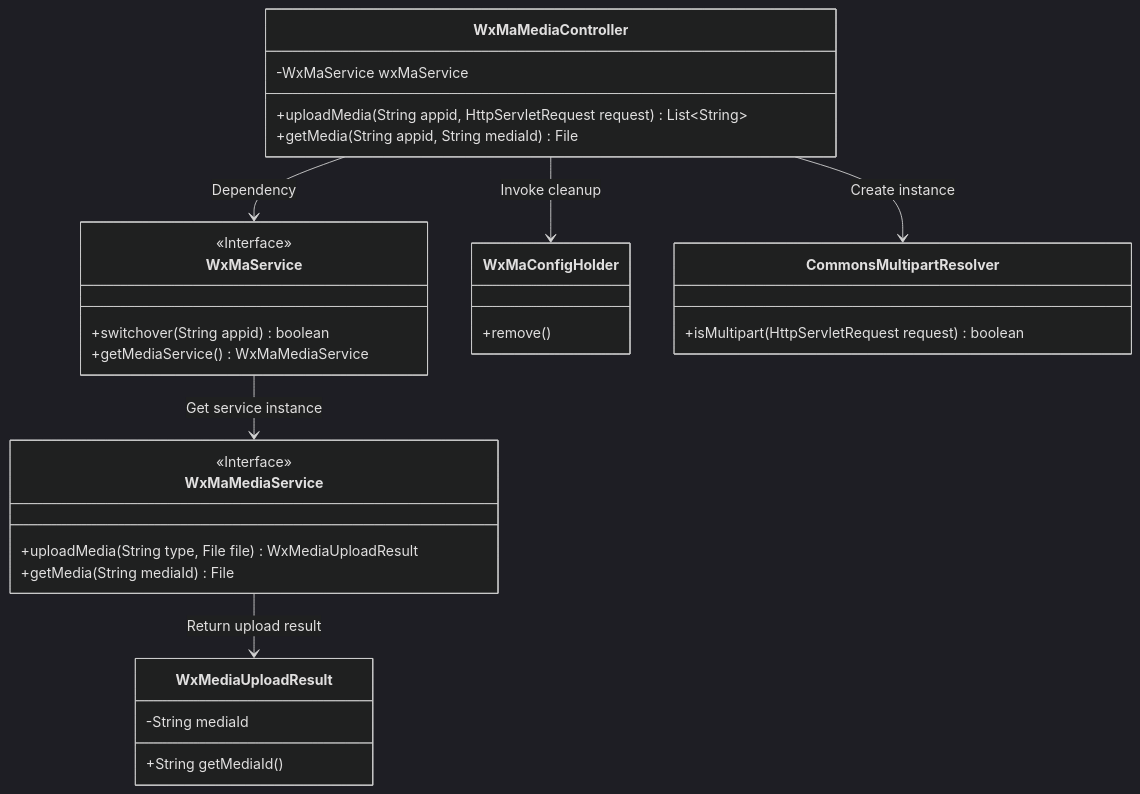
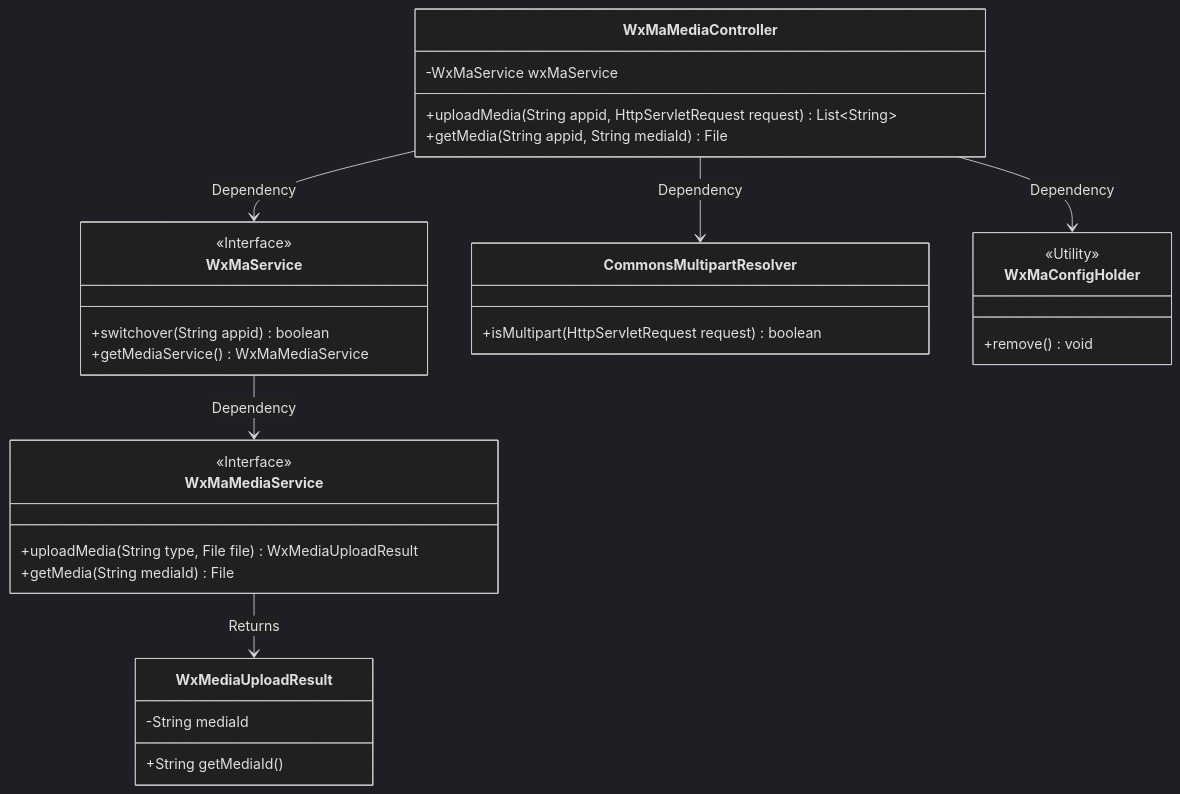
The first of 2 diagrams in docs/en/docs/src/main/java/com/github/binarywang/demo/wx/miniapp/controller/WxMaMediaController.md (v-wjrong/rongwj666_weixin-java-miniapp-demo), drawn with Mermaid (dark theme) before and after one commit. The commit also changed other lines of this file and 42 other files, not shown here.

````diff
--- a/docs/en/docs/src/main/java/com/github/binarywang/demo/wx/miniapp/controller/WxMaMediaController.md
+++ b/docs/en/docs/src/main/java/com/github/binarywang/demo/wx/miniapp/controller/WxMaMediaController.md
@@ -36,39 +36,40 @@
 ```mermaid
 classDiagram
     class WxMaMediaController {
         -WxMaService wxMaService
         +uploadMedia(String appid, HttpServletRequest request) List~String~
         +getMedia(String appid, String mediaId) File
     }
 
     class WxMaService {
         <<Interface>>
         +switchover(String appid) boolean
         +getMediaService() WxMaMediaService
     }
 
     class WxMaMediaService {
         <<Interface>>
         +uploadMedia(String type, File file) WxMediaUploadResult
         +getMedia(String mediaId) File
     }
 
     class WxMediaUploadResult {
         -String mediaId
         +String getMediaId()
     }
 
-    class WxMaConfigHolder {
-        +remove()
-    }
-
     class CommonsMultipartResolver {
         +isMultipart(HttpServletRequest request) boolean
     }
 
+    class WxMaConfigHolder {
+        <<Utility>>
+        +remove() void
+    }
+
     WxMaMediaController --> WxMaService : Dependency
-    WxMaMediaController --> CommonsMultipartResolver : Create instance
-    WxMaMediaController --> WxMaConfigHolder : Invoke cleanup
-    WxMaService --> WxMaMediaService : Get service instance
-    WxMaMediaService --> WxMediaUploadResult : Return upload result
+    WxMaService --> WxMaMediaService : Dependency
+    WxMaMediaController --> CommonsMultipartResolver : Dependency
+    WxMaMediaController --> WxMaConfigHolder : Dependency
+    WxMaMediaService --> WxMediaUploadResult : Returns
 ```
````
